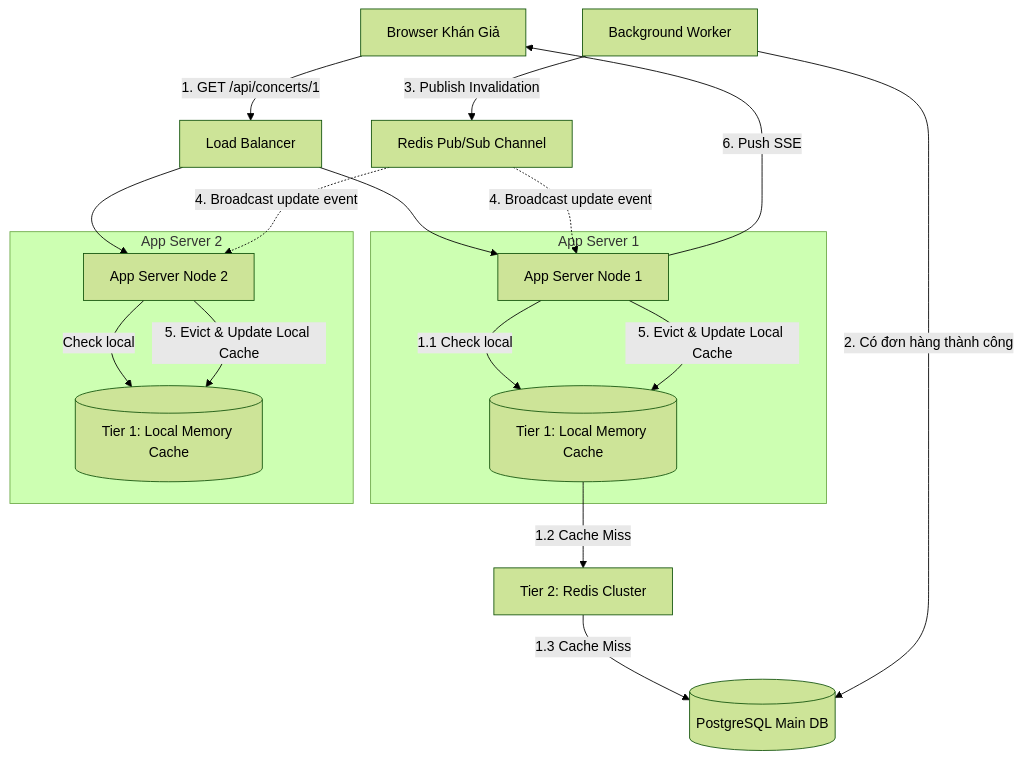
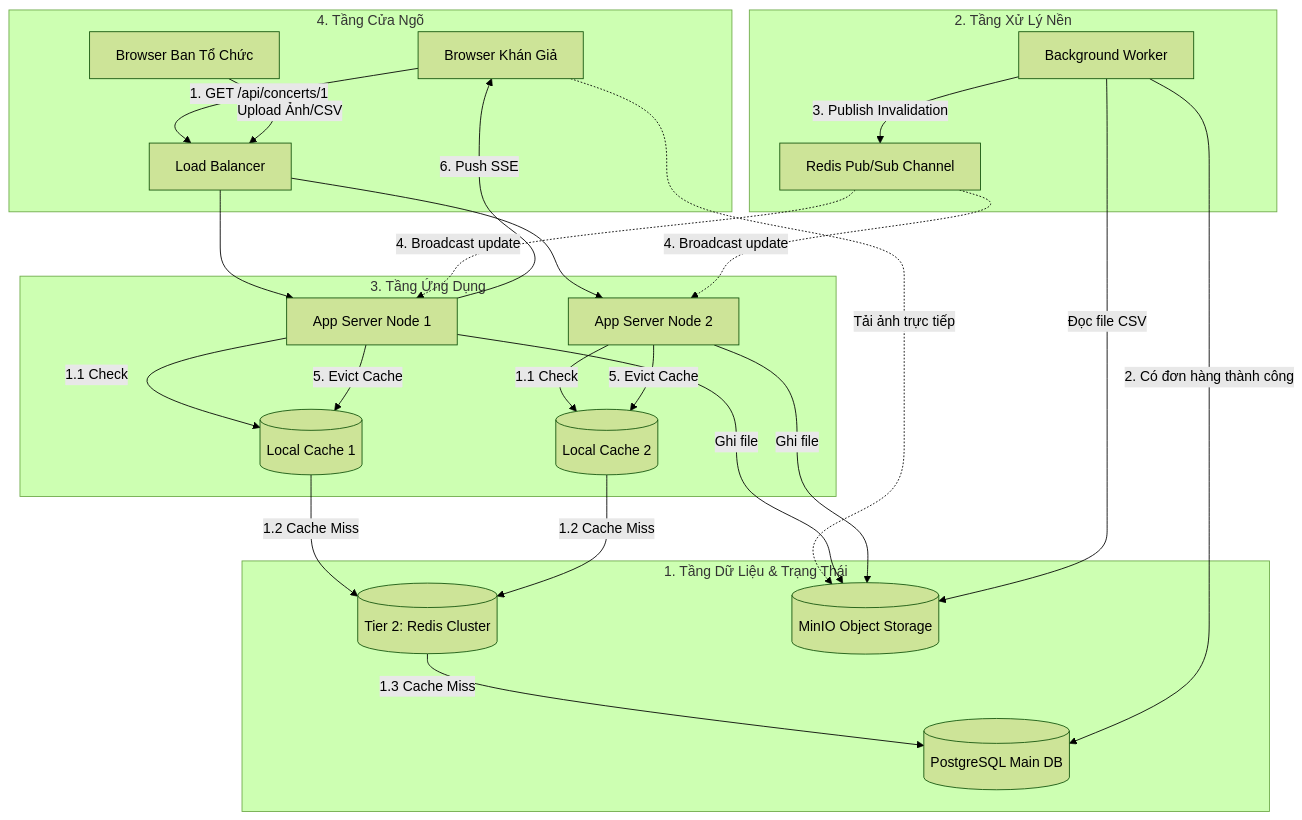
One commit to NguyenSonTung16/ticket_box changed the first of 5 diagrams in blueprint/design.md. Above: the diagram before and after it, drawn with Mermaid (forest theme). The commit also changed other lines of this file, not shown here.

Commit message:
docs: add design documentation for ticket system architecture

````diff
--- a/blueprint/design.md
+++ b/blueprint/design.md
@@ -10,27 +10,72 @@
 ```mermaid
 graph TD
-    Client[Browser Khán Giả] -->|1. GET /api/concerts/1| LB[Load Balancer]
-    LB --> App1[App Server Node 1]
-    LB --> App2[App Server Node 2]
-    
-    subgraph AppServer1 [App Server 1]
-        App1 -->|1.1 Check local| LocalCache1[("Tier 1: Local Memory Cache")]
-    end
-    
-    subgraph AppServer2 [App Server 2]
-        App2 -->|Check local| LocalCache2[("Tier 1: Local Memory Cache")]
+    %% ==========================================
+    %% TẦNG 4: CỬA NGÕ & ROUTING (Ít quan trọng nhất về lưu trữ)
+    %% ==========================================
+    subgraph EdgeTier [4. Tầng Cửa Ngõ]
+        Client[Browser Khán Giả]
+        Admin[Browser Ban Tổ Chức]
+        LB[Load Balancer]
     end
 
-    LocalCache1 -->|1.2 Cache Miss| Redis[Tier 2: Redis Cluster]
-    Redis -->|1.3 Cache Miss| DB[("PostgreSQL Main DB")]
-    
-    Worker[Background Worker] -->|2. Có đơn hàng thành công| DB
-    Worker -->|3. Publish Invalidation| RedisPubSub[Redis Pub/Sub Channel]
-    RedisPubSub -.->|4. Broadcast update event| App1
-    RedisPubSub -.->|4. Broadcast update event| App2
-    
-    App1 -->|5. Evict & Update Local Cache| LocalCache1
-    App2 -->|5. Evict & Update Local Cache| LocalCache2
-    
+    %% ==========================================
+    %% TẦNG 3: ỨNG DỤNG (Stateless - Có thể tự động scale/thay thế)
+    %% ==========================================
+    subgraph AppTier [3. Tầng Ứng Dụng]
+        App1[App Server Node 1]
+        LocalCache1[("Local Cache 1")]
+        App2[App Server Node 2]
+        LocalCache2[("Local Cache 2")]
+    end
+
+    %% ==========================================
+    %% TẦNG 2: XỬ LÝ NỀN (High Priority - Đảm bảo luồng dữ liệu)
+    %% ==========================================
+    subgraph AsyncTier [2. Tầng Xử Lý Nền]
+        Worker[Background Worker]
+        RedisPubSub[Redis Pub/Sub Channel]
+    end
+
+    %% ==========================================
+    %% TẦNG 1: DỮ LIỆU CHỦ LÕI (Critical - Quan trọng nhất)
+    %% ==========================================
+    subgraph DataTier [1. Tầng Dữ Liệu & Trạng Thái]
+        Redis[("Tier 2: Redis Cluster")]
+        DB[("PostgreSQL Main DB")]
+        MinIO[("MinIO Object Storage")]
+    end
+
+    %% --- ĐỊNH TUYẾN DỮ LIỆU (DATA ROUTING) ---
+
+    %% Edge Routing
+    Client -->|1. GET /api/concerts/1| LB
+    Admin -->|Upload Ảnh/CSV| LB
+    LB --> App1
+    LB --> App2
+    Client -.->|Tải ảnh trực tiếp| MinIO
+
+    %% App to Local Cache
+    App1 -->|1.1 Check| LocalCache1
+    App2 -->|1.1 Check| LocalCache2
+
+    %% App to Core Data
+    LocalCache1 -->|1.2 Cache Miss| Redis
+    LocalCache2 -->|1.2 Cache Miss| Redis
+    Redis -->|1.3 Cache Miss| DB
+    App1 -->|Ghi file| MinIO
+    App2 -->|Ghi file| MinIO
+
+    %% Background Processing
+    Worker -->|Đọc file CSV| MinIO
+    Worker -->|2. Có đơn hàng thành công| DB
+    Worker -->|3. Publish Invalidation| RedisPubSub
+
+    %% PubSub to App Servers
+    RedisPubSub -.->|4. Broadcast update| App1
+    RedisPubSub -.->|4. Broadcast update| App2
+    App1 -->|5. Evict Cache| LocalCache1
+    App2 -->|5. Evict Cache| LocalCache2
+
+    %% Realtime Feedback
     App1 -->|6. Push SSE| Client
 ```
````
